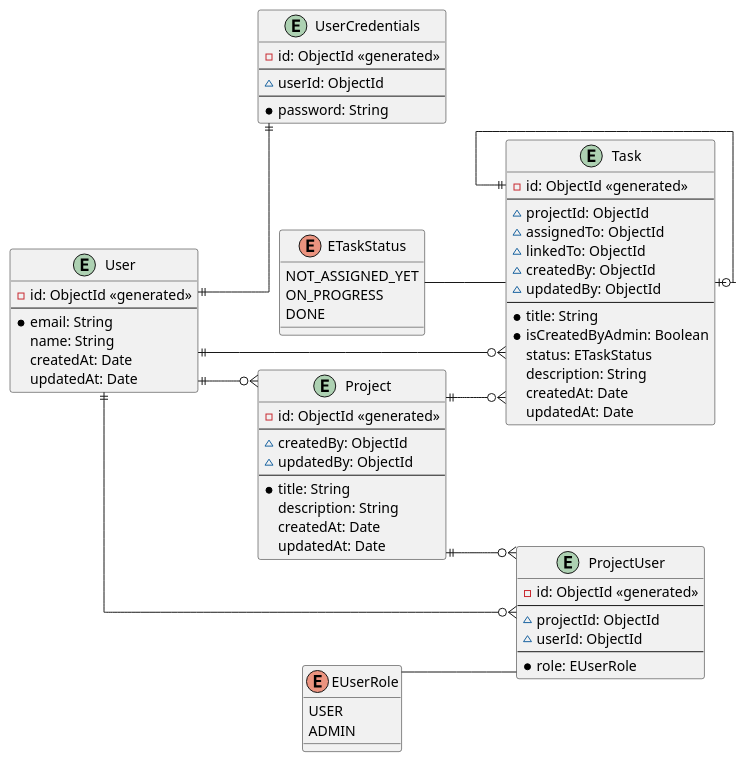
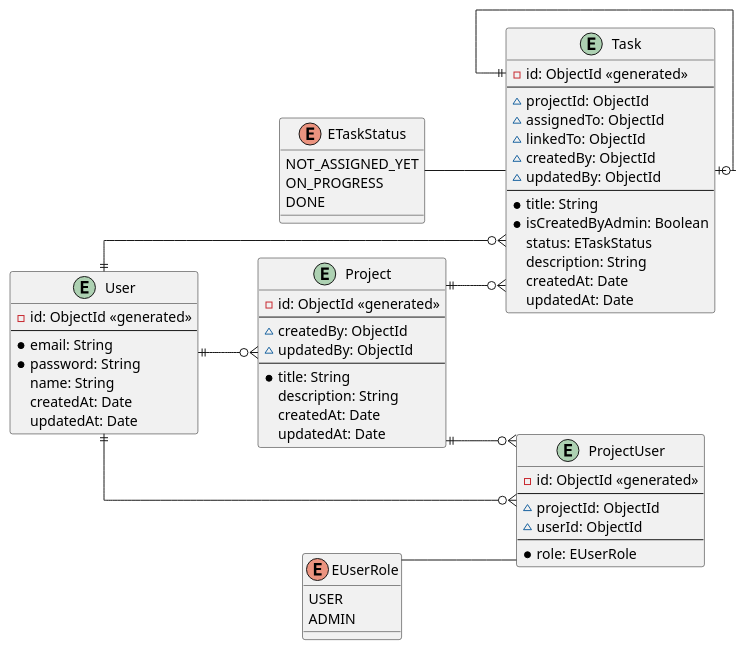
One commit to tranhoang2811/company-training-exercise changed the diagram in src/docs/todo.plantuml. Above: the diagram before and after it, drawn with PlantUML. The commit also changed 9 other files, not shown here.

Commit message:
add all model, repository, enum, fix erd

```diff
--- a/src/docs/todo.plantuml
+++ b/src/docs/todo.plantuml
@@ -1,83 +1,84 @@
 @startuml todoERD
 
 skinparam linetype ortho
 left to right direction
 
 entity Project {
     -id: ObjectId <<generated>>
     --
     ~createdBy: ObjectId
     ~updatedBy: ObjectId
     --
     *title: String
     description: String
     createdAt: Date
     updatedAt: Date
 }
 
 entity Task {
     -id: ObjectId <<generated>>
     --
     ~projectId: ObjectId
     ~assignedTo: ObjectId
     ~linkedTo: ObjectId
     ~createdBy: ObjectId
     ~updatedBy: ObjectId
     --
     *title: String
     *isCreatedByAdmin: Boolean
     status: ETaskStatus
     description: String
     createdAt: Date
     updatedAt: Date
 }
 
 entity User {
     -id: ObjectId <<generated>>
     --
     *email: String
+    *password: String
     name: String
     createdAt: Date
     updatedAt: Date
 }
 
-entity UserCredentials {
-    -id: ObjectId <<generated>>
-    --
-    ~userId: ObjectId
-    --
-    *password: String
-}
+' entity UserCredentials {
+'     -id: ObjectId <<generated>>
+'     --
+'     ~userId: ObjectId
+'     --
+'     *password: String
+' }
 
 entity ProjectUser {
     -id: ObjectId <<generated>>
     --
     ~projectId: ObjectId
     ~userId: ObjectId
     --
     *role: EUserRole
 }
 
 Enum EUserRole {
     USER
     ADMIN
 }
 
 Enum ETaskStatus {
     NOT_ASSIGNED_YET
     ON_PROGRESS
     DONE
 }
 Task ||--o| Task
 Project ||--o{ Task
 Project ||--o{ ProjectUser
 User ||--o{ ProjectUser
 User ||--o{ Task
 User ||--o{ Project
-User ||--|| UserCredentials
+' User ||--|| UserCredentials
 
 
 EUserRole -- ProjectUser
 ETaskStatus -- Task
 
 @enduml
```
